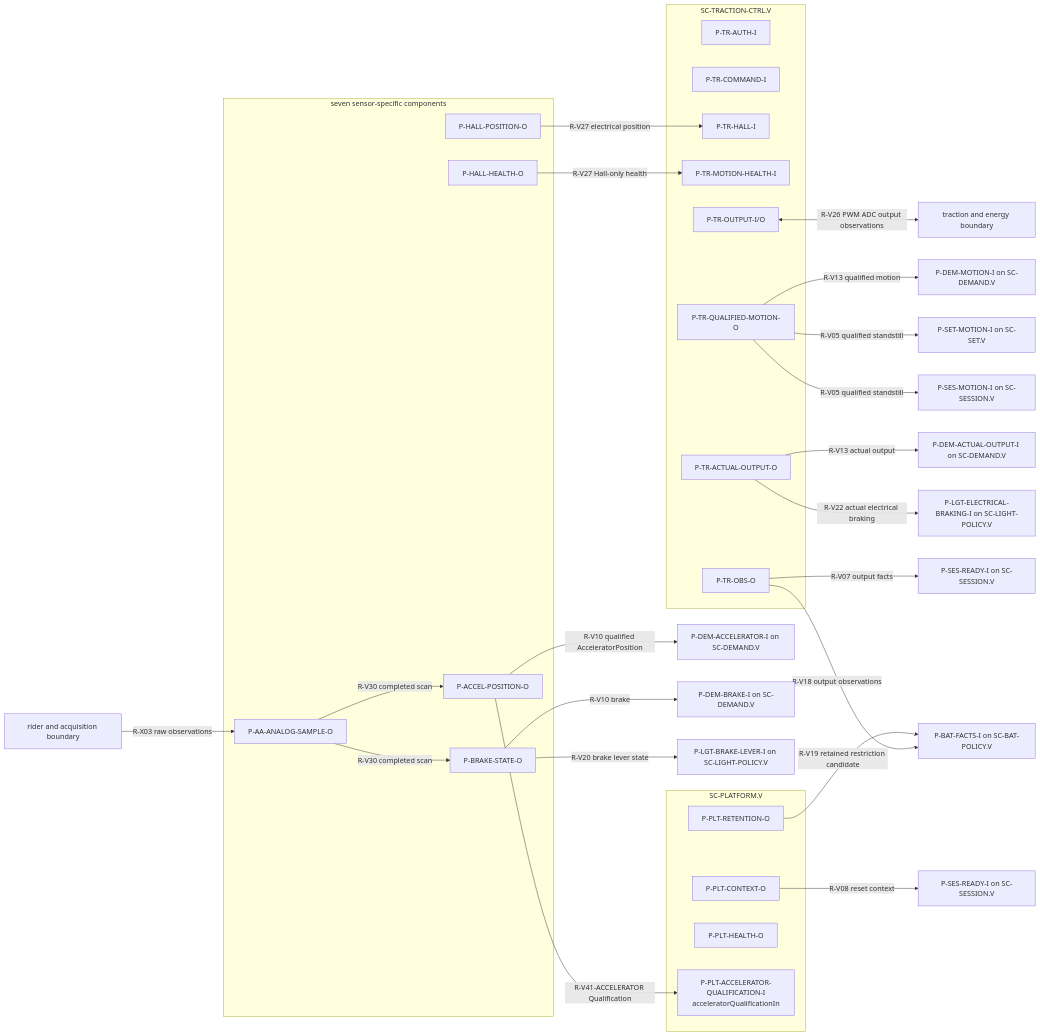
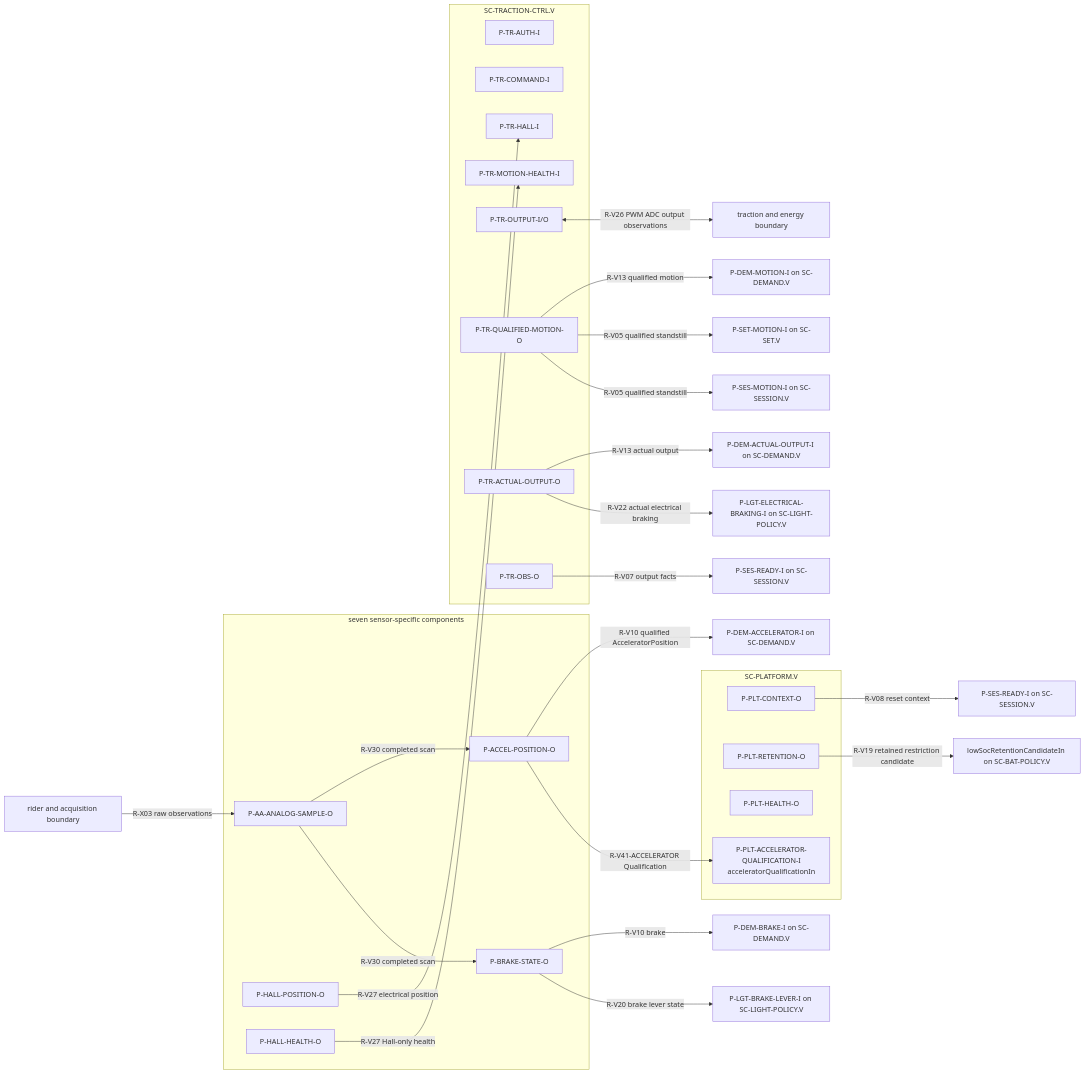
Before and after one commit to dhellhake/X2CityMCU: the third of 4 diagrams in .devenv/Architecture/SoftwareArchitecture/ARCH-003_Software_Architecture.md, drawn with Mermaid. The commit also changed other lines of this file and 74 other files, not shown here.

````diff
--- a/.devenv/Architecture/SoftwareArchitecture/ARCH-003_Software_Architecture.md
+++ b/.devenv/Architecture/SoftwareArchitecture/ARCH-003_Software_Architecture.md
@@ -292,45 +299,44 @@
 ```mermaid
 flowchart LR
     subgraph SNS[seven sensor-specific components]
         AAO[P-AA-ANALOG-SAMPLE-O]
         APO[P-ACCEL-POSITION-O]
         BSO[P-BRAKE-STATE-O]
         HPO[P-HALL-POSITION-O]
         HHO[P-HALL-HEALTH-O]
     end
     subgraph TR[SC-TRACTION-CTRL.V]
         TAI[P-TR-AUTH-I]
         TCI2[P-TR-COMMAND-I]
         THI[P-TR-HALL-I]
         TMH[P-TR-MOTION-HEALTH-I]
         TIO[P-TR-OUTPUT-I/O]
         TMO[P-TR-QUALIFIED-MOTION-O]
         TAO[P-TR-ACTUAL-OUTPUT-O]
         TOB[P-TR-OBS-O]
     end
     subgraph PLT[SC-PLATFORM.V]
         PCO[P-PLT-CONTEXT-O]
         PRO[P-PLT-RETENTION-O]
         PHO[P-PLT-HEALTH-O]
         AQI[P-PLT-ACCELERATOR-QUALIFICATION-I\nacceleratorQualificationIn]
     end
     RAW[rider and acquisition boundary] -->|R-X03 raw observations| AAO
     AAO -->|R-V30 completed scan| APO
     AAO -->|R-V30 completed scan| BSO
     HPO -->|R-V27 electrical position| THI
     TIO <-->|R-V26 PWM ADC output observations| HW[traction and energy boundary]
     PCO -->|R-V08 reset context| SEDI3[P-SES-READY-I on SC-SESSION.V]
-    PRO -->|R-V19 retained restriction candidate| BFI2[P-BAT-FACTS-I on SC-BAT-POLICY.V]
+    PRO -->|R-V19 retained restriction candidate| LSRI[lowSocRetentionCandidateIn on SC-BAT-POLICY.V]
     APO -->|R-V10 qualified AcceleratorPosition| DAI2[P-DEM-ACCELERATOR-I on SC-DEMAND.V]
     APO -->|R-V41-ACCELERATOR Qualification| AQI
     BSO -->|R-V10 brake| DBI2[P-DEM-BRAKE-I on SC-DEMAND.V]
     TOB -->|R-V07 output facts| SEDI2[P-SES-READY-I on SC-SESSION.V]
     HHO -->|R-V27 Hall-only health| TMH
     TMO -->|R-V13 qualified motion| DMI2[P-DEM-MOTION-I on SC-DEMAND.V]
     TMO -->|R-V05 qualified standstill| SMI2[P-SET-MOTION-I on SC-SET.V]
     TMO -->|R-V05 qualified standstill| SEMI2[P-SES-MOTION-I on SC-SESSION.V]
     TAO -->|R-V13 actual output| DAO2[P-DEM-ACTUAL-OUTPUT-I on SC-DEMAND.V]
-    TOB -->|R-V18 output observations| BFI2
     BSO -->|R-V20 brake lever state| LBI2[P-LGT-BRAKE-LEVER-I on SC-LIGHT-POLICY.V]
     TAO -->|R-V22 actual electrical braking| LEBI2[P-LGT-ELECTRICAL-BRAKING-I on SC-LIGHT-POLICY.V]
 ```
````
